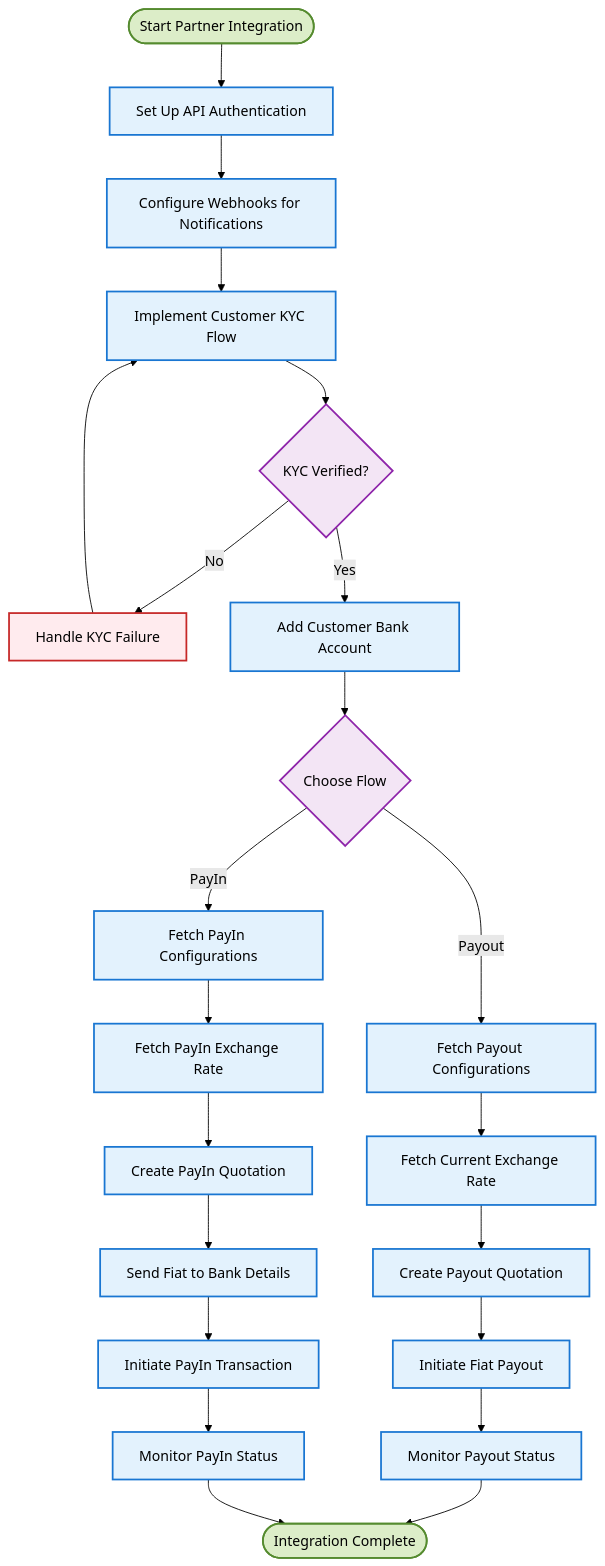
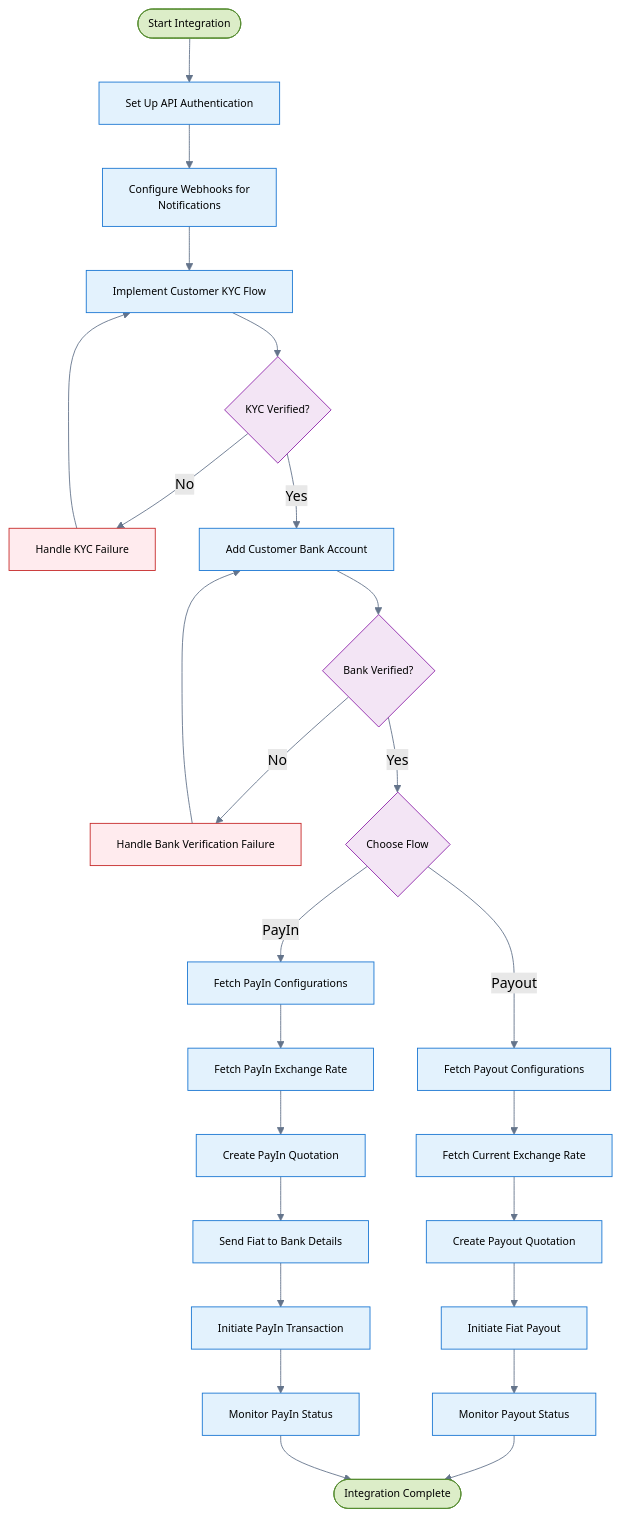
The diagram in guides/overview.mdx (DollarPe-Infra/docs), drawn with Mermaid (forest theme) before and after one commit. The commit also changed other lines of this file and 5 other files, not shown here.

````diff
--- a/guides/overview.mdx
+++ b/guides/overview.mdx
@@ -76,40 +81,48 @@
 ```mermaid
 flowchart TD
-    Start([Start Partner Integration]) --> Auth[Set Up API Authentication]
-    Auth --> Webhook[Configure Webhooks for Notifications]
+    Start([Start Integration]) --> Auth[Set Up API Authentication]
+    Auth --> Webhook[Configure Webhooks for
+    Notifications]
 
     Webhook --> KYC[Implement Customer KYC Flow]
     KYC --> KYCVerified{KYC Verified?}
 
     KYCVerified -->|No| HandleKYCFailure[Handle KYC Failure]
     HandleKYCFailure --> KYC
 
     KYCVerified -->|Yes| AddBank[Add Customer Bank Account]
-    AddBank --> FlowType{Choose Flow}
+    AddBank --> BankVerified{Bank Verified?}
+
+    BankVerified -->|No| HandleBankFailure[Handle Bank Verification Failure]
+    HandleBankFailure --> AddBank
+
+    BankVerified -->|Yes| FlowType{Choose Flow}
 
     FlowType -->|Payout| PayoutFlow[Fetch Payout Configurations]
     PayoutFlow --> FetchRate[Fetch Current Exchange Rate]
     FetchRate --> CreateQuote[Create Payout Quotation]
     CreateQuote --> InitiatePayout[Initiate Fiat Payout]
     InitiatePayout --> MonitorStatus[Monitor Payout Status]
     MonitorStatus --> Complete([Integration Complete])
 
     FlowType -->|PayIn| PayInFlow[Fetch PayIn Configurations]
     PayInFlow --> FetchPayInRate[Fetch PayIn Exchange Rate]
     FetchPayInRate --> CreatePayInQuote[Create PayIn Quotation]
     CreatePayInQuote --> SendFiat[Send Fiat to Bank Details]
     SendFiat --> InitiatePayIn[Initiate PayIn Transaction]
     InitiatePayIn --> MonitorPayInStatus[Monitor PayIn Status]
     MonitorPayInStatus --> Complete
 
-    classDef startEndNode fill:#dcedc8,stroke:#558b2f,stroke-width:2px,color:#000
-    classDef mainNode fill:#e3f2fd,stroke:#1976d2,stroke-width:2px,color:#000
-    classDef decisionNode fill:#f3e5f5,stroke:#8e24aa,stroke-width:2px,color:#000
-    classDef successNode fill:#e8f5e9,stroke:#2e7d32,stroke-width:2px,color:#000
-    classDef failureNode fill:#ffebee,stroke:#c62828,stroke-width:2px,color:#000
+    classDef startEndNode fill:#dcedc8,stroke:#558b2f,stroke-width:1px,color:#000,font-size:12px
+    classDef mainNode fill:#e3f2fd,stroke:#1976d2,stroke-width:1px,color:#000,font-size:12px
+    classDef decisionNode fill:#f3e5f5,stroke:#8e24aa,stroke-width:1px,color:#000,font-size:12px
+    classDef successNode fill:#e8f5e9,stroke:#2e7d32,stroke-width:1px,color:#000,font-size:12px
+    classDef failureNode fill:#ffebee,stroke:#c62828,stroke-width:1px,color:#000,font-size:12px
 
     class Start,Complete startEndNode
     class Auth,Webhook,KYC,AddBank,PayoutFlow,FetchRate,CreateQuote,InitiatePayout,MonitorStatus,PayInFlow,FetchPayInRate,CreatePayInQuote,SendFiat,InitiatePayIn,MonitorPayInStatus mainNode
-    class KYCVerified,FlowType decisionNode
-    class HandleKYCFailure failureNode
+    class KYCVerified,BankVerified,FlowType decisionNode
+    class HandleKYCFailure,HandleBankFailure failureNode
+
+    linkStyle default stroke:#64748b,stroke-width:1px;
 ```
````
